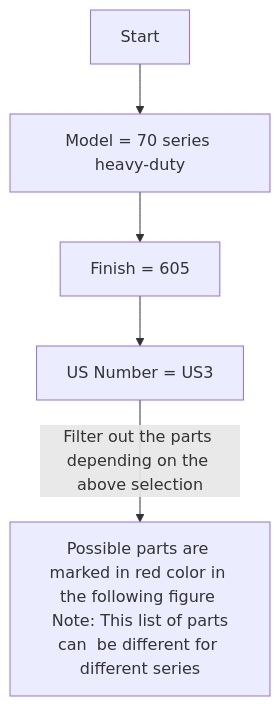
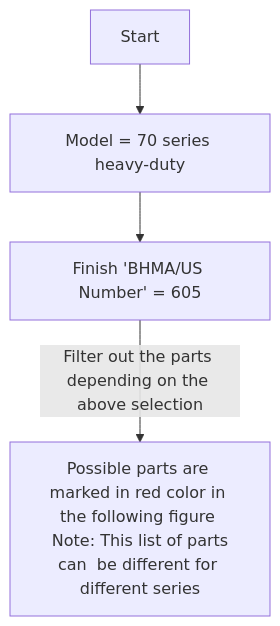
The fourth of 18 diagrams in README.md (alokdas81/diamond-pricebook-diagram), drawn with Mermaid before and after one commit. The commit also changed other lines of this file, not shown here.

````diff
--- a/README.md
+++ b/README.md
@@ -299,6 +299,6 @@
 ```mermaid
 flowchart TD
 
 A[Start] --> B[Model = 70 series heavy-duty]
- --> D[Finish = 605] --> E[US Number = US3] --> |Filter out the parts depending on the above selection| F[Possible parts are marked in red color in the following figure \n Note: This list of parts can  be different for different series]
+ --> D[Finish 'BHMA/US Number' = 605] --> |Filter out the parts depending on the above selection| F[Possible parts are marked in red color in the following figure \n Note: This list of parts can  be different for different series]
 ```
````
